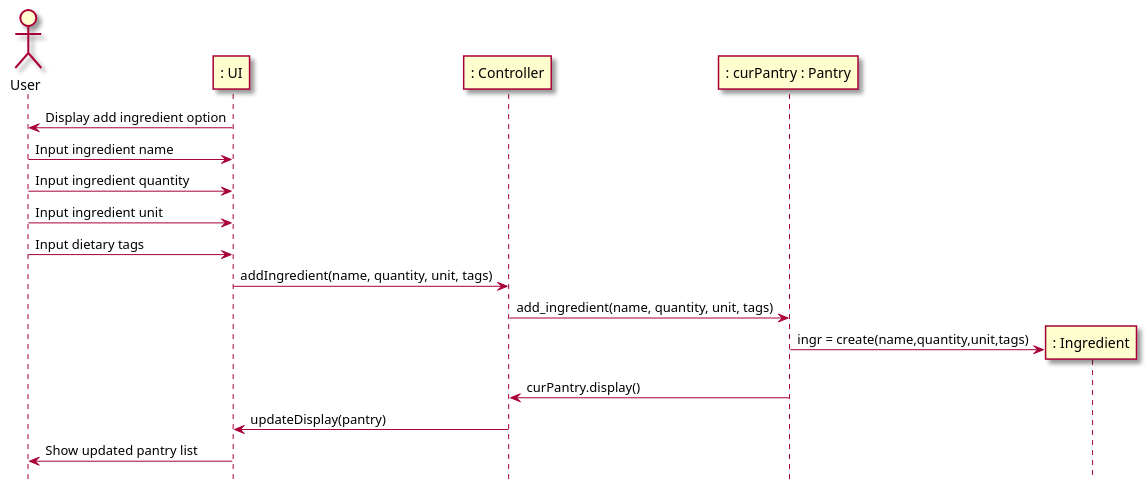
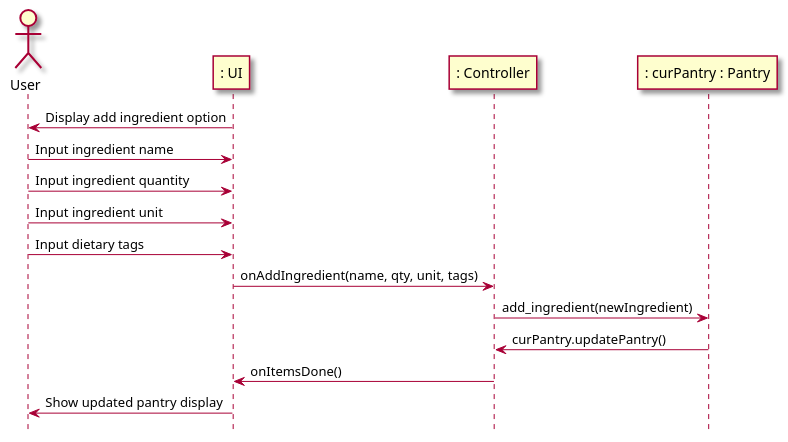
One commit to berthashipper/Pantry-Pal-Android-Application changed the fifth of 8 diagrams in intellij/doc/use-cases/manage_pantry.md. Above: the diagram before and after it, drawn with PlantUML. The commit also changed other lines of this file and 11 other files, not shown here.

Commit message:
Updated sequence diagrams and workflows to reflect real code

`````diff
--- a/intellij/doc/use-cases/manage_pantry.md
+++ b/intellij/doc/use-cases/manage_pantry.md
@@ -154,26 +132,25 @@
 ```plantuml
 @startuml
 skin rose
 
 hide footbox
 
 actor User as user
 participant ": UI" as ui
-participant ": Controller"  as cont
+participant ": Controller" as cont
 participant ": curPantry : Pantry" as pantry
-participant ": Ingredient" as ingr
 
 ui -> user : Display add ingredient option
 user -> ui : Input ingredient name
 user -> ui : Input ingredient quantity
 user -> ui : Input ingredient unit
 user -> ui : Input dietary tags
-ui -> cont : addIngredient(name, quantity, unit, tags)
-cont -> pantry : add_ingredient(name, quantity, unit, tags)
-pantry -> ingr **: ingr = create(name,quantity,unit,tags)
-pantry -> cont : curPantry.display()
-cont -> ui : updateDisplay(pantry)
-ui -> user : Show updated pantry list
+ui -> cont : onAddIngredient(name, qty, unit, tags)
+cont -> pantry : add_ingredient(newIngredient)
+pantry -> cont : curPantry.updatePantry()
+cont -> ui : onItemsDone()
+ui -> user : Show updated pantry display
 
 @enduml
+
 ````
`````
